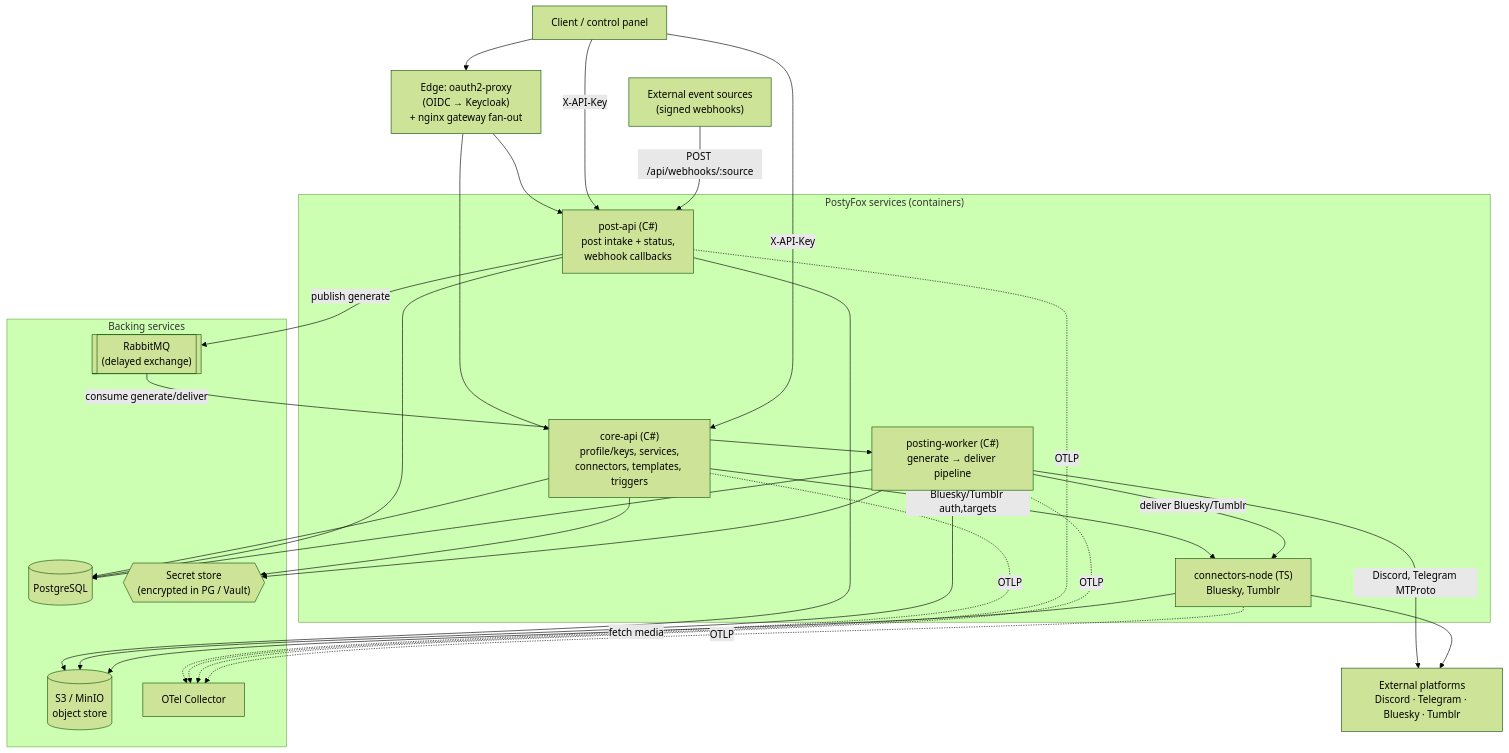
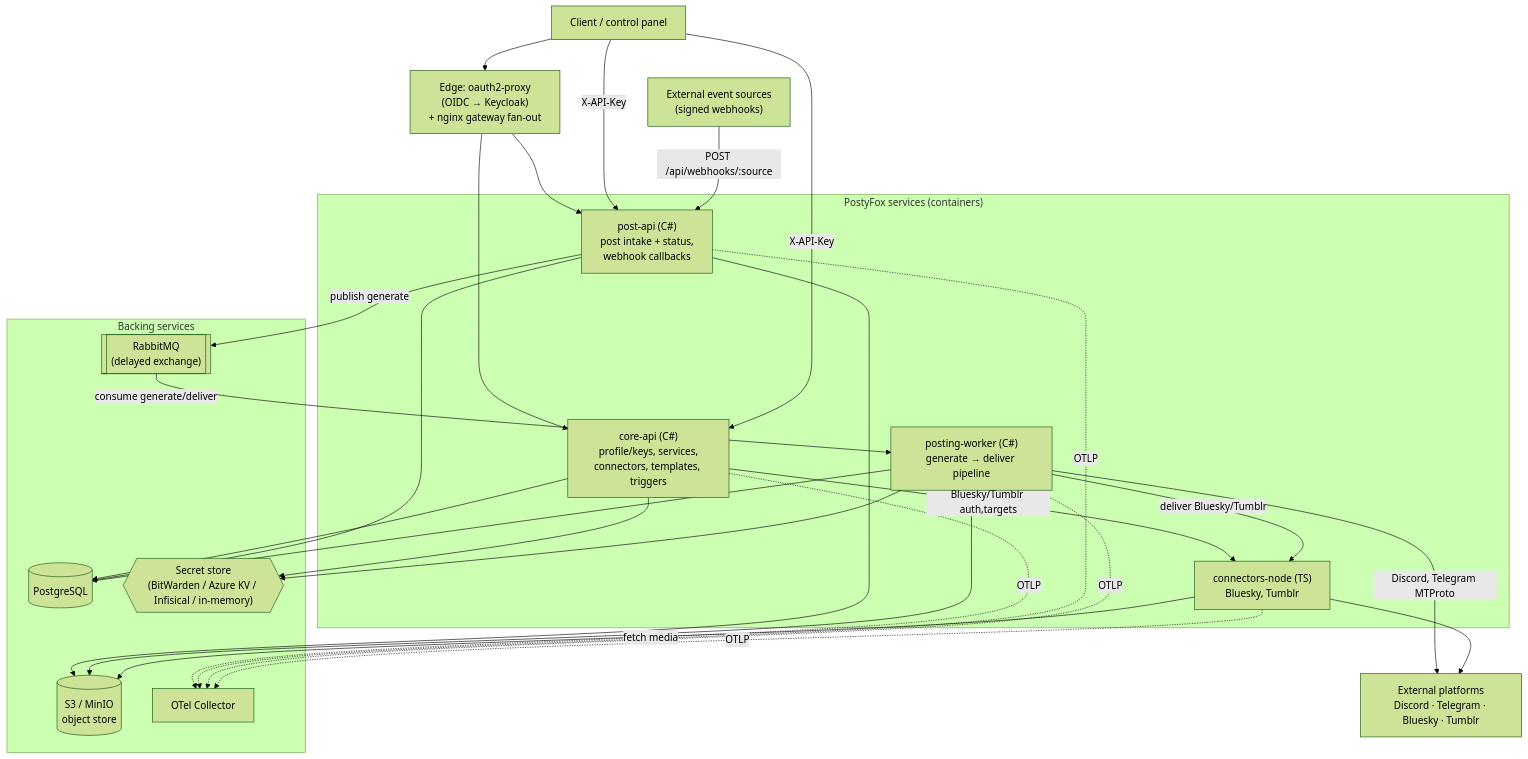
The first of 7 diagrams in docs/ARCHITECTURE.md (PostyFox/postyfox-core), drawn with Mermaid (forest theme) before and after one commit. The commit also changed other lines of this file and 48 other files, not shown here.

````diff
--- a/docs/ARCHITECTURE.md
+++ b/docs/ARCHITECTURE.md
@@ -34,40 +34,40 @@
 ```mermaid
 flowchart TB
     client["Client / control panel"]
     edge["Edge: oauth2-proxy<br/>(OIDC → Keycloak)<br/>+ nginx gateway fan-out"]
 
     subgraph apps["PostyFox services (containers)"]
         core["core-api (C#)<br/>profile/keys, services,<br/>connectors, templates, triggers"]
         post["post-api (C#)<br/>post intake + status,<br/>webhook callbacks"]
         worker["posting-worker (C#)<br/>generate → deliver pipeline"]
         node["connectors-node (TS)<br/>Bluesky, Tumblr"]
     end
 
     subgraph backing["Backing services"]
         pg[("PostgreSQL")]
         s3[("S3 / MinIO<br/>object store")]
         mq[["RabbitMQ<br/>(delayed exchange)"]]
-        sec{{"Secret store<br/>(encrypted in PG / Vault)"}}
+        sec{{"Secret store<br/>(BitWarden / Azure KV / Infisical / in-memory)"}}
         otel["OTel Collector"]
     end
 
     ext["External platforms<br/>Discord · Telegram · Bluesky · Tumblr"]
     src["External event sources<br/>(signed webhooks)"]
 
     client --> edge --> core & post
     client -->|X-API-Key| core & post
 
     core --> pg & sec
     core -->|Bluesky/Tumblr auth,targets| node
     post --> pg & s3
     post -->|publish generate| mq
     src -->|POST /api/webhooks/:source| post
 
     mq -->|consume generate/deliver| worker
     worker --> pg & s3 & sec
     worker -->|Discord, Telegram MTProto| ext
     worker -->|deliver Bluesky/Tumblr| node --> ext
     node -->|fetch media| s3
 
     core & post & worker & node -.OTLP.-> otel
 ```
````
